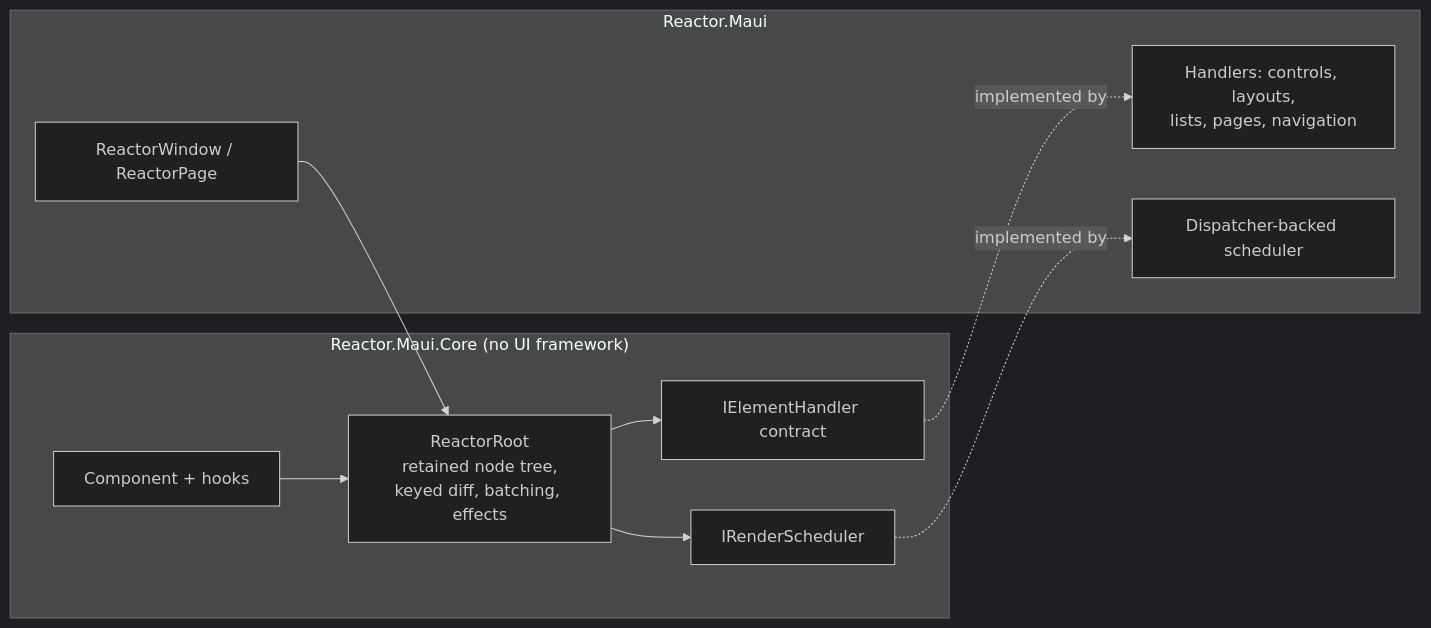
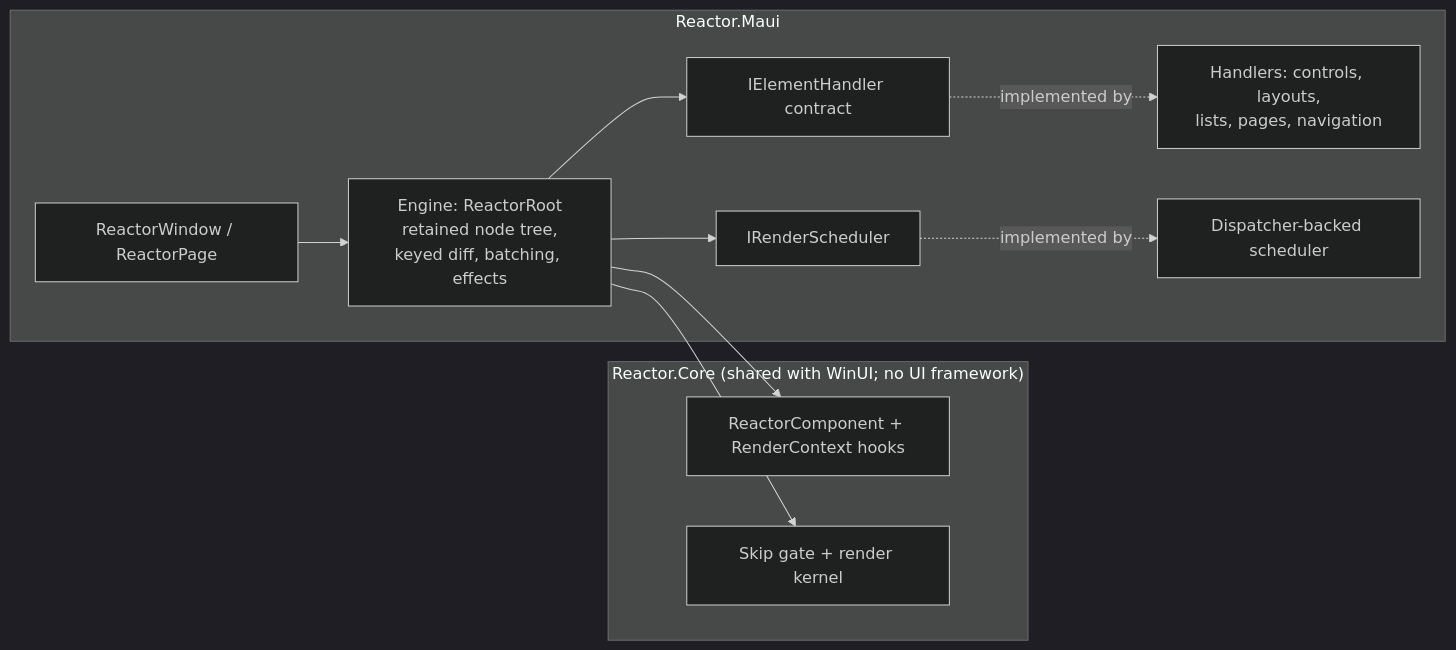
The diagram in docs/specs/065-maui-renderer.md (jfversluis/microsoft-ui-reactor), drawn with Mermaid (dark theme) before and after one commit. The commit also changed other lines of this file and 38 other files, not shown here.

First line of the commit message:
Phase 3a: MAUI components and hooks on the shared core

````diff
--- a/docs/specs/065-maui-renderer.md
+++ b/docs/specs/065-maui-renderer.md
@@ -140,16 +139,22 @@
 ```mermaid
 flowchart LR
-  subgraph Core["Reactor.Maui.Core (no UI framework)"]
-    C[Component + hooks] --> R[ReactorRoot<br/>retained node tree,<br/>keyed diff, batching, effects]
-    R --> H[IElementHandler contract]
-    R --> S[IRenderScheduler]
+  subgraph Core["Reactor.Core (shared with WinUI; no UI framework)"]
+    C[ReactorComponent + RenderContext hooks]
+    G[Skip gate + render kernel]
   end
   subgraph Maui["Reactor.Maui"]
+    R[Engine: ReactorRoot<br/>retained node tree,<br/>keyed diff, batching, effects]
+    H[IElementHandler contract]
+    S[IRenderScheduler]
     MH[Handlers: controls, layouts,<br/>lists, pages, navigation]
     MS[Dispatcher-backed scheduler]
     P[ReactorWindow / ReactorPage]
   end
+  R --> C
+  R --> G
+  R --> H
+  R --> S
   H -.implemented by.-> MH
   S -.implemented by.-> MS
   P --> R
 ```
````
